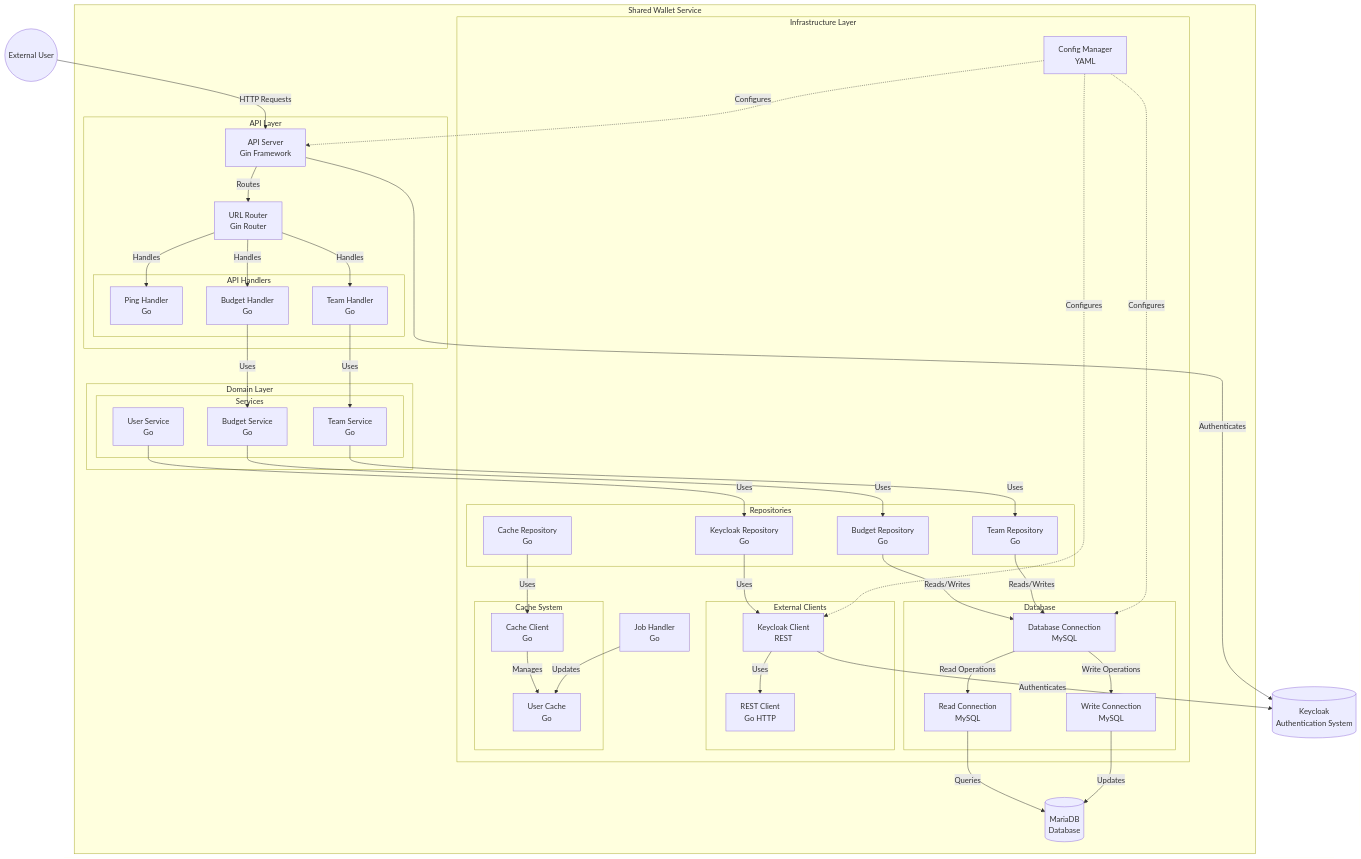
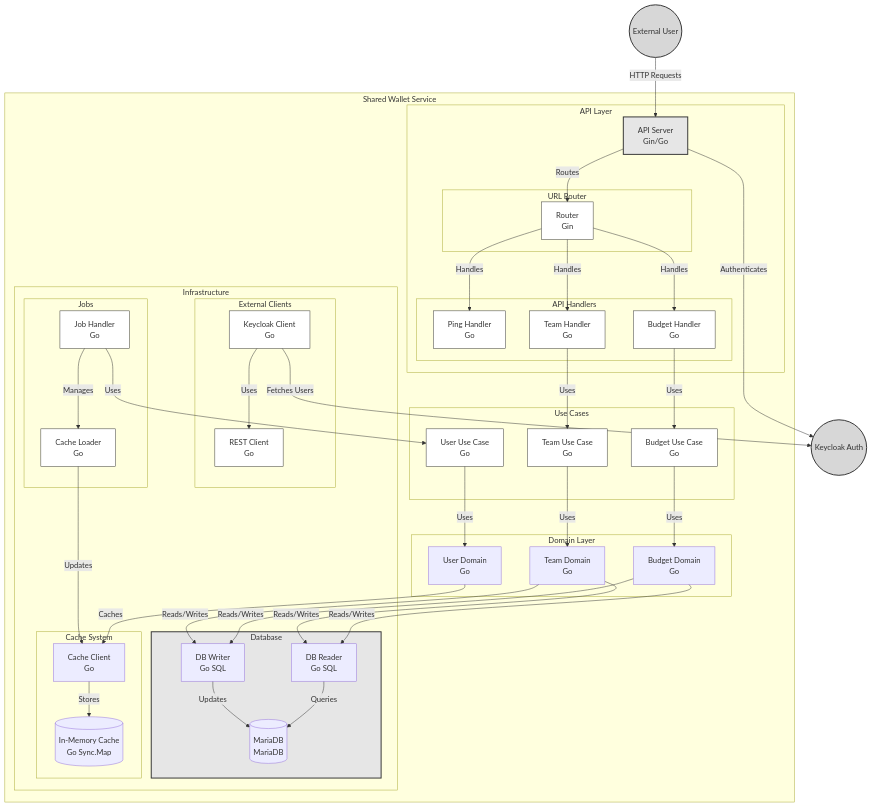
Before and after one commit to furialfonso/cow_back: the diagram in README.md, drawn with Mermaid. The commit also changed 50 other files, not shown here.

````diff
--- a/README.md
+++ b/README.md
@@ -16,98 +16,101 @@
 ```mermaid
 graph TB
     User((External User))
-    KeycloakSystem[("Keycloak<br>Authentication System")]
+    KeycloakAuth((Keycloak Auth))
 
     subgraph "Shared Wallet Service"
         subgraph "API Layer"
-            GinAPI["API Server<br>Gin Framework"]
-            Router["URL Router<br>Gin Router"]
+            APIServer["API Server<br>Gin/Go"]
             
             subgraph "API Handlers"
                 PingHandler["Ping Handler<br>Go"]
                 BudgetHandler["Budget Handler<br>Go"]
                 TeamHandler["Team Handler<br>Go"]
             end
+
+            subgraph "URL Router"
+                GinRouter["Router<br>Gin"]
+            end
+        end
+
+        subgraph "Use Cases"
+            BudgetUseCase["Budget Use Case<br>Go"]
+            TeamUseCase["Team Use Case<br>Go"]
+            UserUseCase["User Use Case<br>Go"]
         end
 
         subgraph "Domain Layer"
-            subgraph "Services"
-                BudgetService["Budget Service<br>Go"]
-                TeamService["Team Service<br>Go"]
-                UserService["User Service<br>Go"]
-            end
+            BudgetDomain["Budget Domain<br>Go"]
+            TeamDomain["Team Domain<br>Go"]
+            UserDomain["User Domain<br>Go"]
         end
 
-        subgraph "Infrastructure Layer"
+        subgraph "Infrastructure"
             subgraph "Database"
-                DBConnection["Database Connection<br>MySQL"]
-                ReadConn["Read Connection<br>MySQL"]
-                WriteConn["Write Connection<br>MySQL"]
-            end
-
-            subgraph "External Clients"
-                KeycloakClient["Keycloak Client<br>REST"]
-                RestClient["REST Client<br>Go HTTP"]
+                MariaDB[("MariaDB<br>MariaDB")]
+                DBReader["DB Reader<br>Go SQL"]
+                DBWriter["DB Writer<br>Go SQL"]
             end
 
             subgraph "Cache System"
                 CacheClient["Cache Client<br>Go"]
-                UserCache["User Cache<br>Go"]
+                InMemoryCache[("In-Memory Cache<br>Go Sync.Map")]
             end
 
-            subgraph "Repositories"
-                BudgetRepo["Budget Repository<br>Go"]
-                TeamRepo["Team Repository<br>Go"]
-                CacheRepo["Cache Repository<br>Go"]
-                KeycloakRepo["Keycloak Repository<br>Go"]
+            subgraph "External Clients"
+                KeycloakClient["Keycloak Client<br>Go"]
+                RestClient["REST Client<br>Go"]
             end
 
-            ConfigManager["Config Manager<br>YAML"]
-            JobHandler["Job Handler<br>Go"]
+            subgraph "Jobs"
+                JobHandler["Job Handler<br>Go"]
+                CacheLoader["Cache Loader<br>Go"]
+            end
         end
-
-        MariaDB[("MariaDB<br>Database")]
     end
 
     %% External connections
-    User -->|"HTTP Requests"| GinAPI
-    GinAPI -->|"Authenticates"| KeycloakSystem
+    User -->|"HTTP Requests"| APIServer
+    APIServer -->|"Authenticates"| KeycloakAuth
+    KeycloakClient -->|"Fetches Users"| KeycloakAuth
 
     %% API Layer connections
-    GinAPI -->|"Routes"| Router
-    Router -->|"Handles"| PingHandler
-    Router -->|"Handles"| BudgetHandler
-    Router -->|"Handles"| TeamHandler
+    APIServer -->|"Routes"| GinRouter
+    GinRouter -->|"Handles"| PingHandler
+    GinRouter -->|"Handles"| BudgetHandler
+    GinRouter -->|"Handles"| TeamHandler
 
-    %% Handler to Service connections
-    BudgetHandler -->|"Uses"| BudgetService
-    TeamHandler -->|"Uses"| TeamService
+    %% Handler to Use Case connections
+    BudgetHandler -->|"Uses"| BudgetUseCase
+    TeamHandler -->|"Uses"| TeamUseCase
+    JobHandler -->|"Uses"| UserUseCase
 
-    %% Service to Repository connections
-    BudgetService -->|"Uses"| BudgetRepo
-    TeamService -->|"Uses"| TeamRepo
-    UserService -->|"Uses"| KeycloakRepo
+    %% Use Case to Domain connections
+    BudgetUseCase -->|"Uses"| BudgetDomain
+    TeamUseCase -->|"Uses"| TeamDomain
+    UserUseCase -->|"Uses"| UserDomain
 
-    %% Repository to Infrastructure connections
-    BudgetRepo -->|"Reads/Writes"| DBConnection
-    TeamRepo -->|"Reads/Writes"| DBConnection
-    DBConnection -->|"Read Operations"| ReadConn
-    DBConnection -->|"Write Operations"| WriteConn
-    ReadConn -->|"Queries"| MariaDB
-    WriteConn -->|"Updates"| MariaDB
+    %% Domain to Infrastructure connections
+    BudgetDomain -->|"Reads/Writes"| DBReader
+    BudgetDomain -->|"Reads/Writes"| DBWriter
+    TeamDomain -->|"Reads/Writes"| DBReader
+    TeamDomain -->|"Reads/Writes"| DBWriter
+    UserDomain -->|"Caches"| CacheClient
 
-    %% External client connections
-    KeycloakClient -->|"Authenticates"| KeycloakSystem
+    %% Infrastructure internal connections
+    DBReader -->|"Queries"| MariaDB
+    DBWriter -->|"Updates"| MariaDB
+    CacheClient -->|"Stores"| InMemoryCache
+    JobHandler -->|"Manages"| CacheLoader
+    CacheLoader -->|"Updates"| CacheClient
     KeycloakClient -->|"Uses"| RestClient
-    KeycloakRepo -->|"Uses"| KeycloakClient
 
-    %% Cache connections
-    CacheClient -->|"Manages"| UserCache
-    CacheRepo -->|"Uses"| CacheClient
-    JobHandler -->|"Updates"| UserCache
-
-    %% Configuration
-    ConfigManager -.->|"Configures"| GinAPI
-    ConfigManager -.->|"Configures"| DBConnection
-    ConfigManager -.->|"Configures"| KeycloakClient
+    %% Style definitions
+    classDef container fill:#e6e6e6,stroke:#333,stroke-width:2px
+    classDef component fill:#fff,stroke:#333,stroke-width:1px
+    classDef external fill:#d7d7d7,stroke:#333,stroke-width:2px
+    
+    class APIServer,Database container
+    class PingHandler,BudgetHandler,TeamHandler,GinRouter,BudgetUseCase,TeamUseCase,UserUseCase,KeycloakClient,RestClient,JobHandler,CacheLoader component
+    class User,KeycloakAuth external
 ```
````
